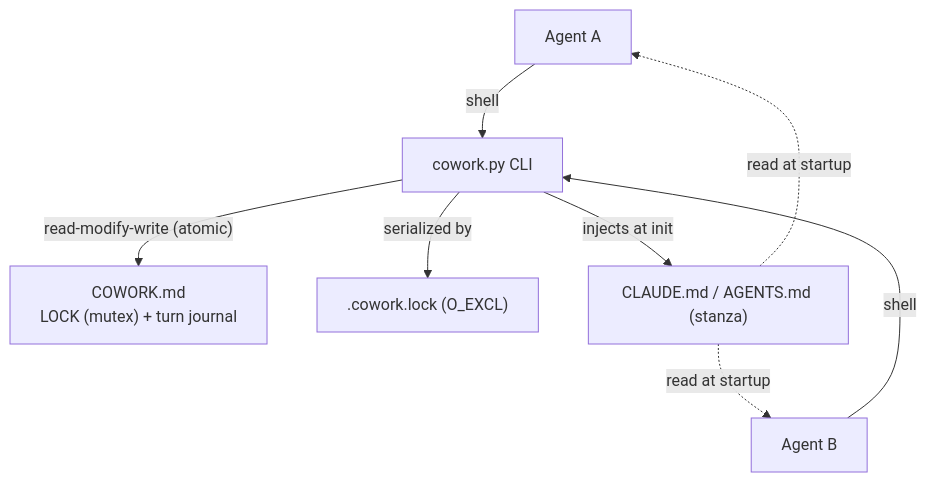
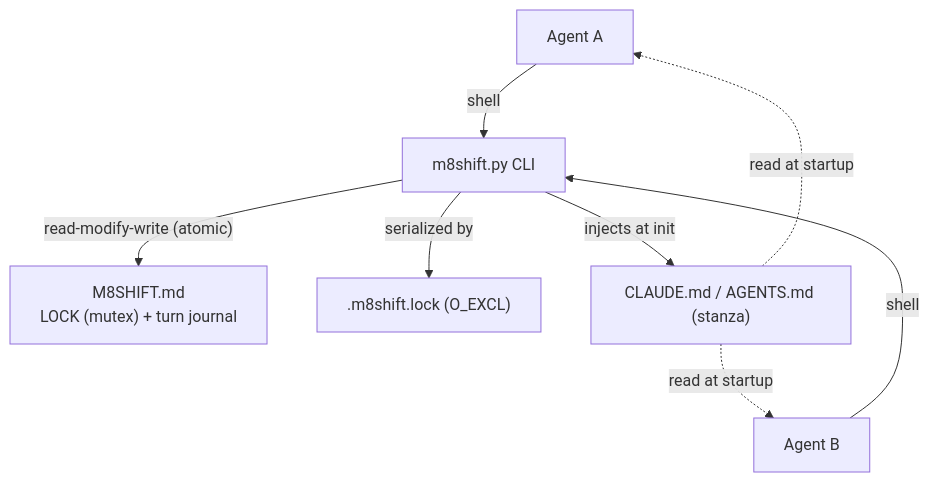
The first of 3 diagrams in docs/en/architecture.md (M8Shift/M8Shift), drawn with Mermaid before and after one commit. The commit also changed other lines of this file and 13 other files, not shown here.

````diff
--- a/docs/en/architecture.md
+++ b/docs/en/architecture.md
@@ -68,10 +68,10 @@
 ```mermaid
 flowchart TB
-    A["Agent A"] -- shell --> CLI["cowork.py CLI"]
+    A["Agent A"] -- shell --> CLI["m8shift.py CLI"]
     B["Agent B"] -- shell --> CLI
-    CLI -- "read-modify-write (atomic)" --> LK["COWORK.md<br/>LOCK (mutex) + turn journal"]
-    CLI -- "serialized by" --> LF[".cowork.lock (O_EXCL)"]
+    CLI -- "read-modify-write (atomic)" --> LK["M8SHIFT.md<br/>LOCK (mutex) + turn journal"]
+    CLI -- "serialized by" --> LF[".m8shift.lock (O_EXCL)"]
     CLI -- "injects at init" --> AN["CLAUDE.md / AGENTS.md (stanza)"]
     AN -. "read at startup" .-> A
     AN -. "read at startup" .-> B
 ```
````
